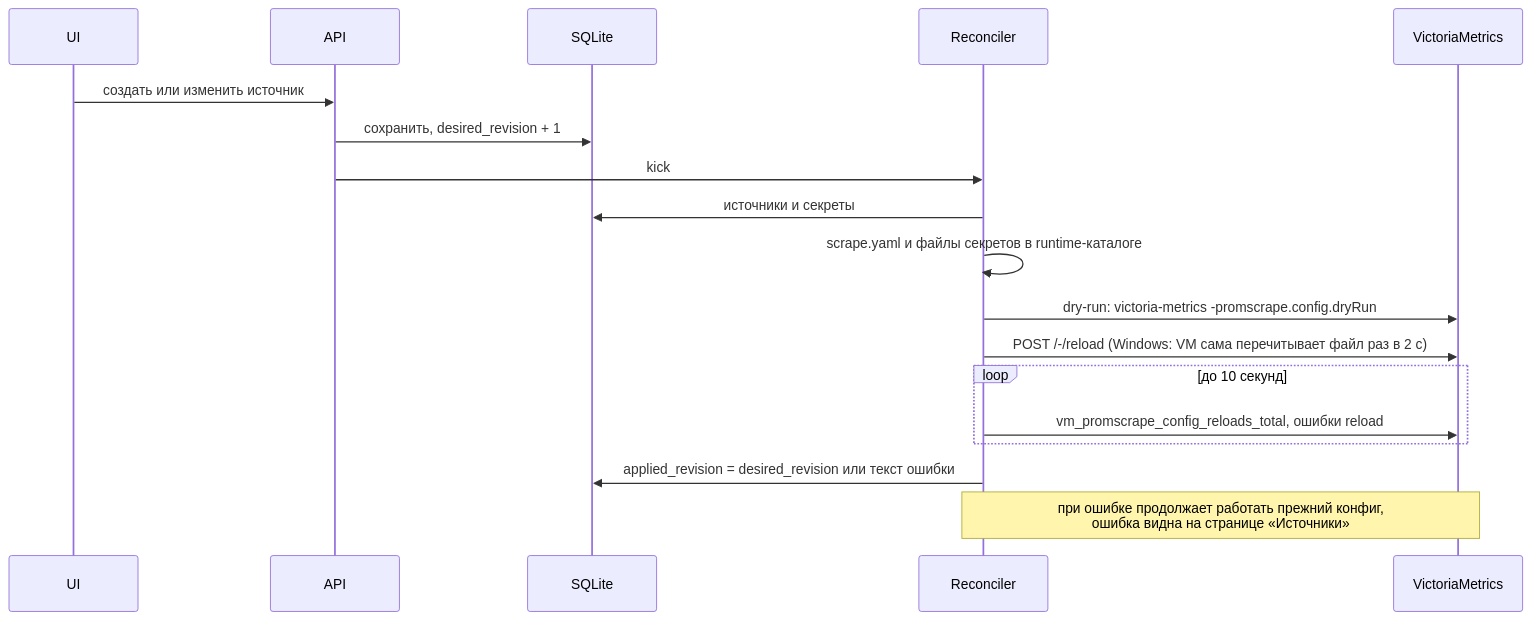
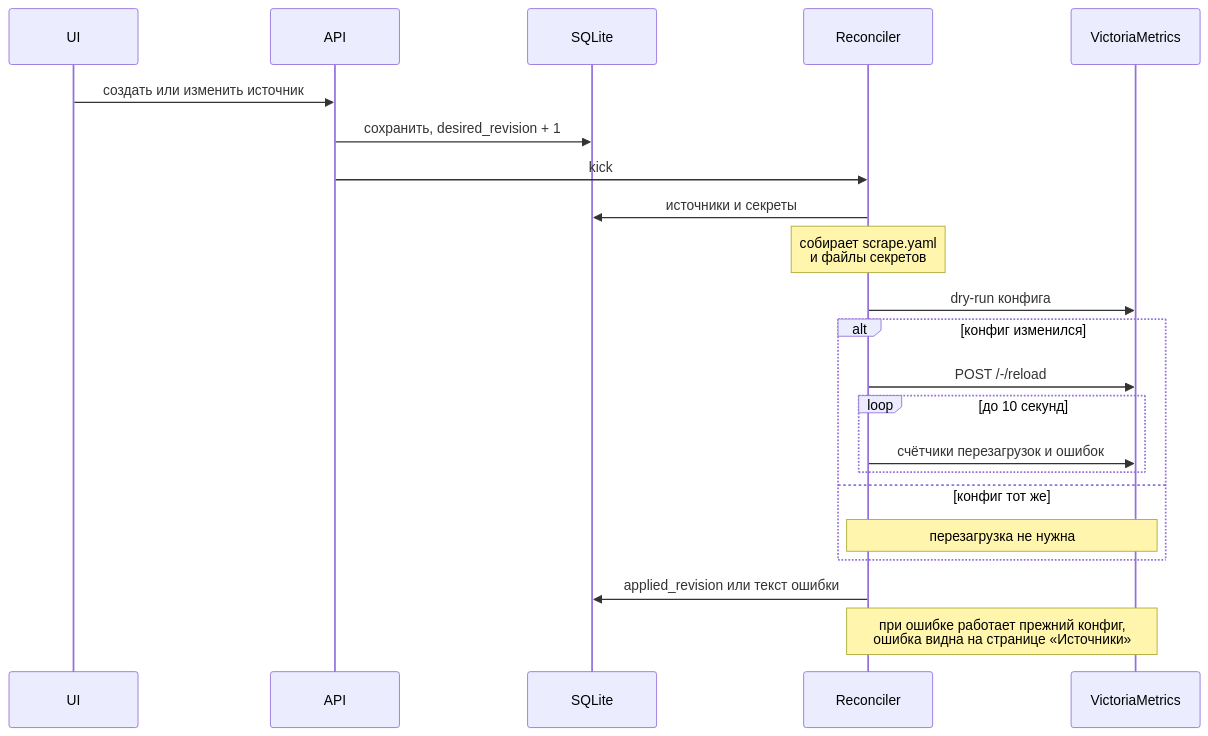
One commit to fess932/homeLab changed the third of 4 diagrams in README.md. Above: the diagram before and after it, drawn with Mermaid. The commit also changed other lines of this file and 51 other files, not shown here.

````diff
--- a/README.md
+++ b/README.md
@@ -110,21 +109,25 @@
 ```mermaid
 sequenceDiagram
     participant UI
     participant API
     participant DB as SQLite
     participant R as Reconciler
     participant VM as VictoriaMetrics
 
     UI->>API: создать или изменить источник
     API->>DB: сохранить, desired_revision + 1
     API->>R: kick
     R->>DB: источники и секреты
-    R->>R: scrape.yaml и файлы секретов в runtime-каталоге
-    R->>VM: dry-run: victoria-metrics -promscrape.config.dryRun
-    R->>VM: POST /-/reload (Windows: VM сама перечитывает файл раз в 2 с)
-    loop до 10 секунд
-        R->>VM: vm_promscrape_config_reloads_total, ошибки reload
+    Note over R: собирает scrape.yaml<br/>и файлы секретов
+    R->>VM: dry-run конфига
+    alt конфиг изменился
+        R->>VM: POST /-/reload
+        loop до 10 секунд
+            R->>VM: счётчики перезагрузок и ошибок
+        end
+    else конфиг тот же
+        Note over R,VM: перезагрузка не нужна
     end
-    R->>DB: applied_revision = desired_revision или текст ошибки
-    Note over R,VM: при ошибке продолжает работать прежний конфиг,<br/>ошибка видна на странице «Источники»
+    R->>DB: applied_revision или текст ошибки
+    Note over R,VM: при ошибке работает прежний конфиг,<br/>ошибка видна на странице «Источники»
 ```
````
